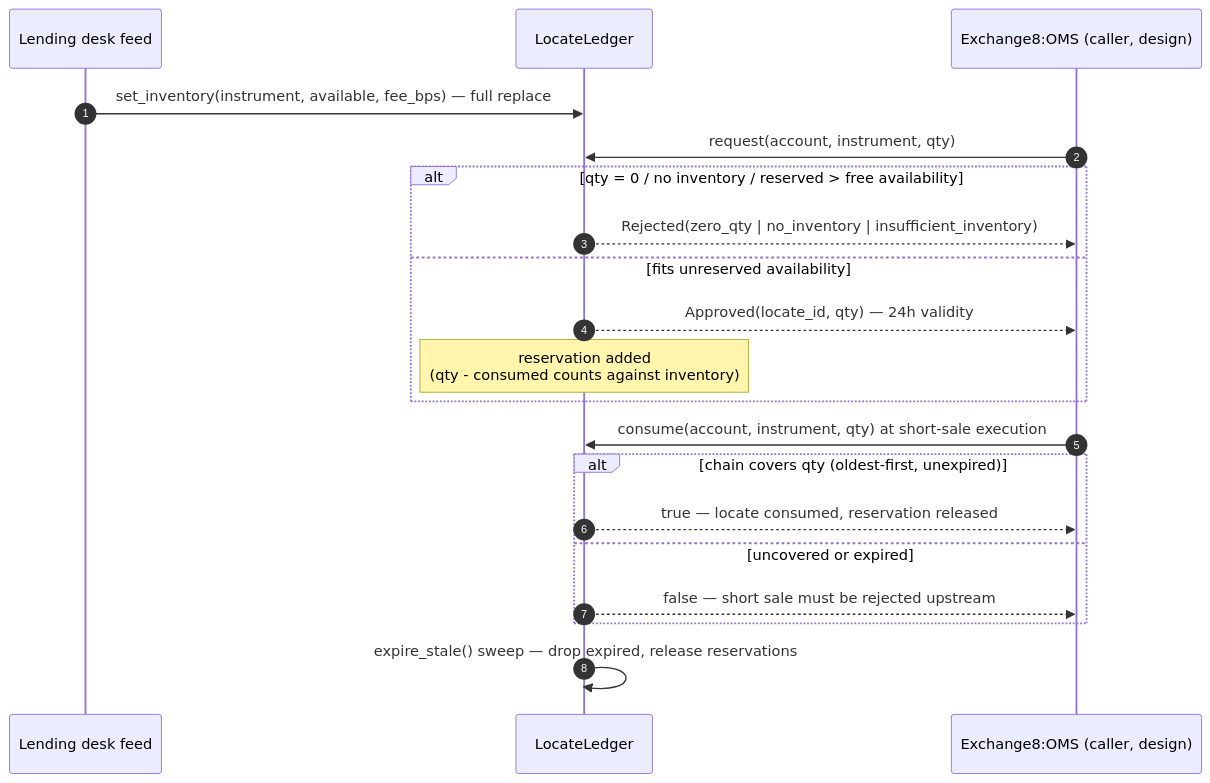
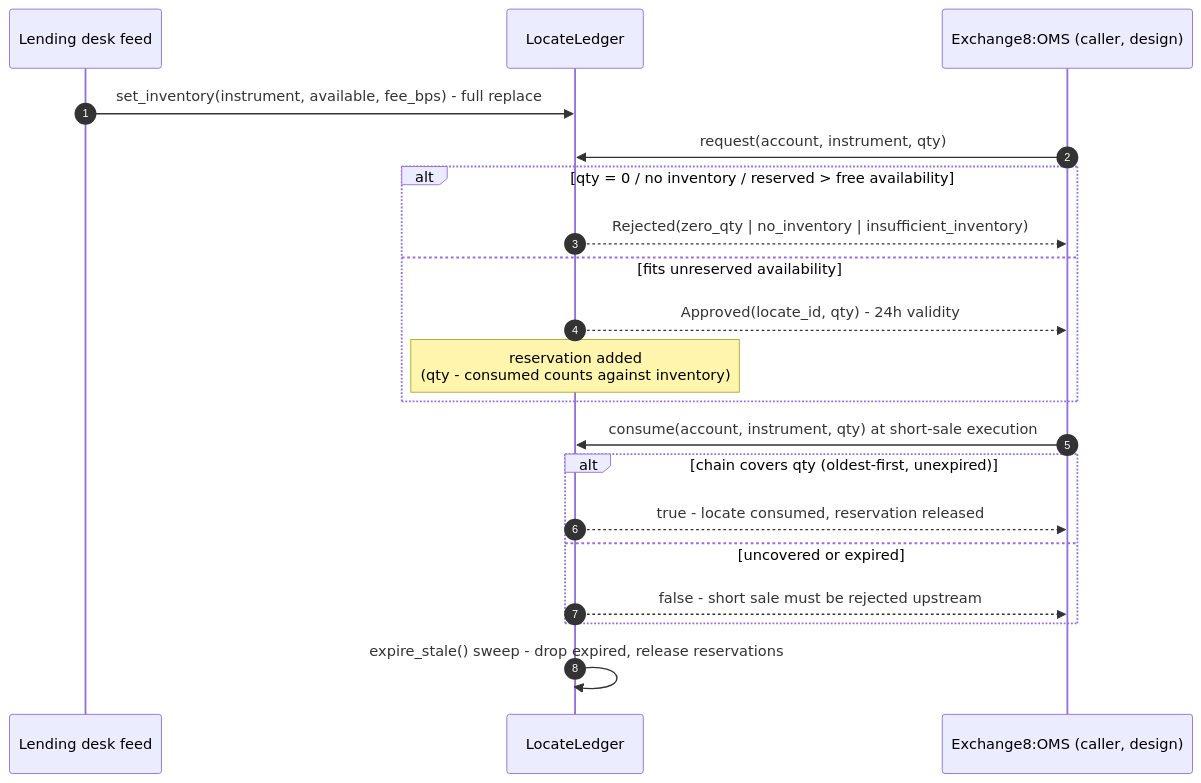
One commit to Exchange8-dev/exchange8-clearing changed the fifth of 17 diagrams in DESIGN.md. Above: the diagram before and after it, drawn with Mermaid. The commit also changed other lines of this file and 19 other files, not shown here.

````diff
--- a/DESIGN.md
+++ b/DESIGN.md
@@ -193,23 +193,23 @@
 ```mermaid
 sequenceDiagram
     autonumber
     participant FEED as Lending desk feed
     participant LED as LocateLedger
     participant OMS as Exchange8:OMS (caller, design)
 
-    FEED->>LED: set_inventory(instrument, available, fee_bps) — full replace
+    FEED->>LED: set_inventory(instrument, available, fee_bps) - full replace
     OMS->>LED: request(account, instrument, qty)
     alt qty = 0 / no inventory / reserved > free availability
         LED-->>OMS: Rejected(zero_qty | no_inventory | insufficient_inventory)
     else fits unreserved availability
-        LED-->>OMS: Approved(locate_id, qty) — 24h validity
+        LED-->>OMS: Approved(locate_id, qty) - 24h validity
         Note over LED: reservation added<br/>(qty - consumed counts against inventory)
     end
     OMS->>LED: consume(account, instrument, qty) at short-sale execution
     alt chain covers qty (oldest-first, unexpired)
-        LED-->>OMS: true — locate consumed, reservation released
+        LED-->>OMS: true - locate consumed, reservation released
     else uncovered or expired
-        LED-->>OMS: false — short sale must be rejected upstream
+        LED-->>OMS: false - short sale must be rejected upstream
     end
-    LED->>LED: expire_stale() sweep — drop expired, release reservations
+    LED->>LED: expire_stale() sweep - drop expired, release reservations
 ```
````
